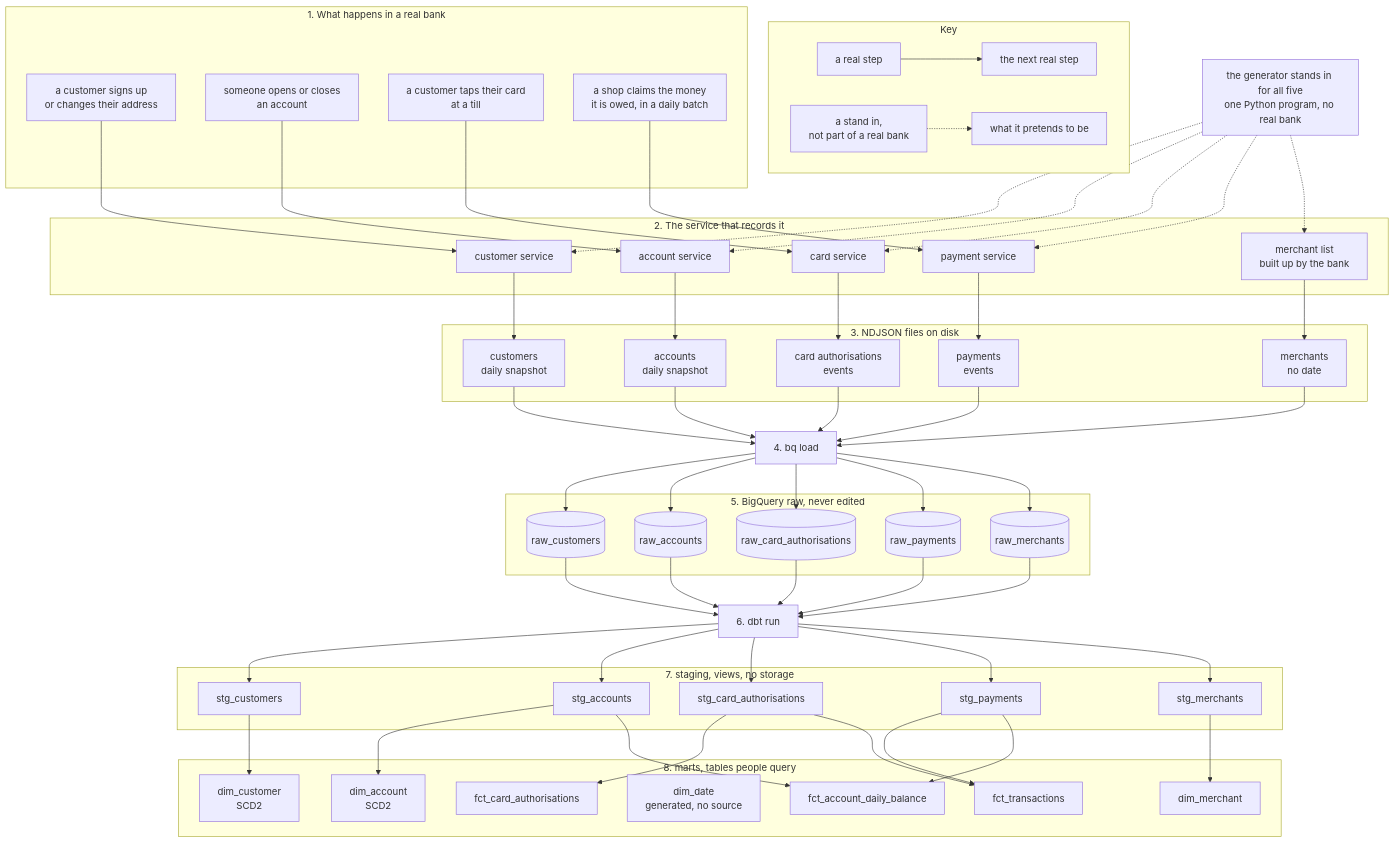
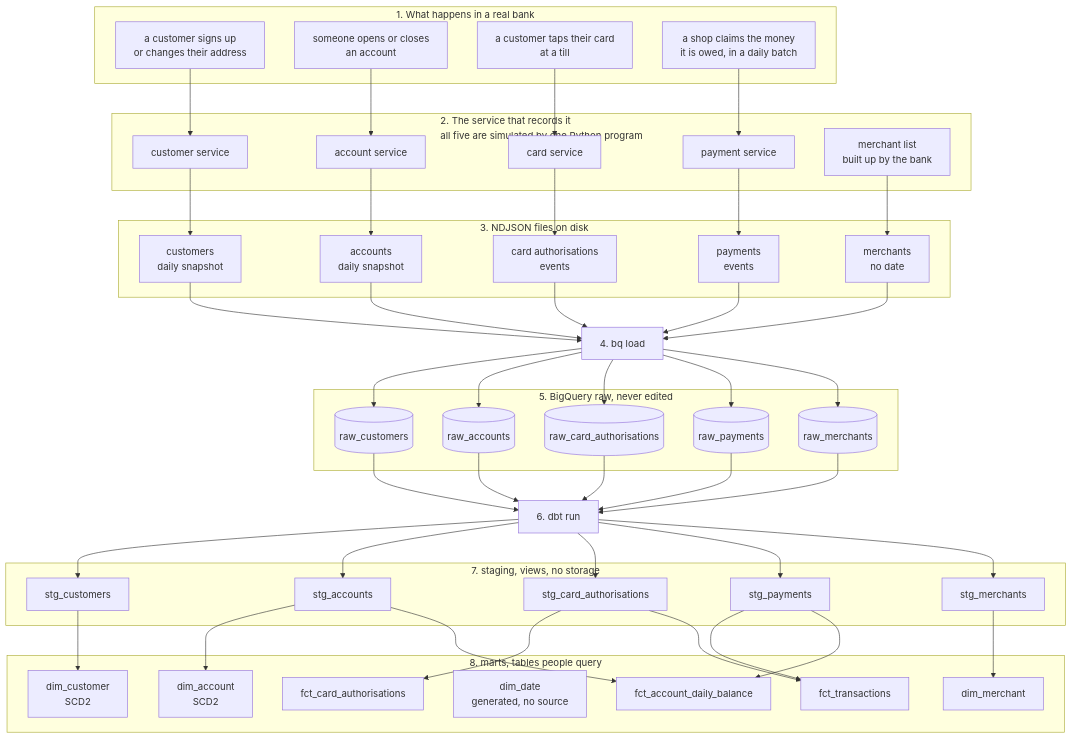
Before and after one commit to faithcodes-lab/neobank-warehouse: the first of 2 diagrams in docs/architecture.md, drawn with Mermaid.

Commit message:
drop dashed lines, say it in the label instead

````diff
--- a/docs/architecture.md
+++ b/docs/architecture.md
@@ -17,10 +17,5 @@
 ```mermaid
 flowchart TD
-    subgraph key["Key"]
-        k1["a real step"] --> k2["the next real step"]
-        k3["a stand in,<br/>not part of a real bank"] -.-> k4["what it pretends to be"]
-    end
-
     subgraph world["1. What happens in a real bank"]
         w1["a customer signs up<br/>or changes their address"]
         w2["someone opens or closes<br/>an account"]
@@ -28,15 +23,13 @@
         w4["a shop claims the money<br/>it is owed, in a daily batch"]
     end
 
-    subgraph svc["2. The service that records it"]
+    subgraph svc["2. The service that records it<br/>all five are simulated by one Python program"]
         c1["customer service"]
         c2["account service"]
         c3["card service"]
         c4["payment service"]
         c5["merchant list<br/>built up by the bank"]
     end
-
-    gen["the generator stands in for all five<br/>one Python program, no real bank"]
 
     subgraph files["3. NDJSON files on disk"]
         f1["customers<br/>daily snapshot"]
@@ -80,7 +73,6 @@
     w2 --> c2
     w3 --> c3
     w4 --> c4
-    gen -.-> c1 & c2 & c3 & c4 & c5
 
     c1 --> f1
     c2 --> f2
````
